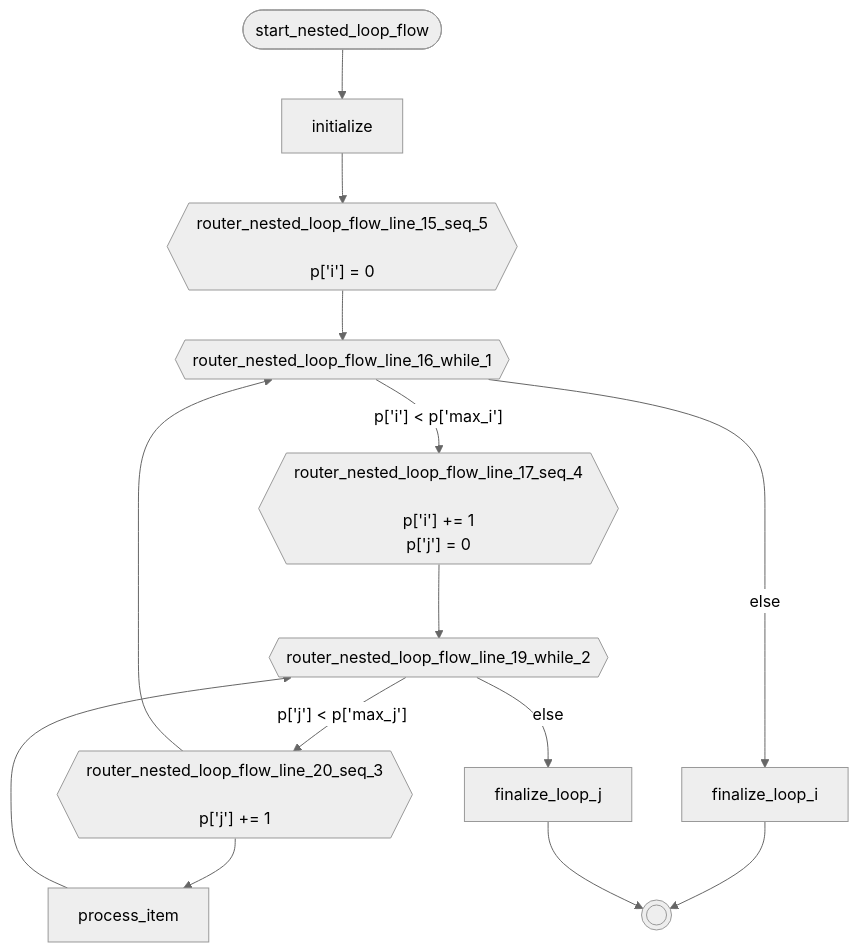
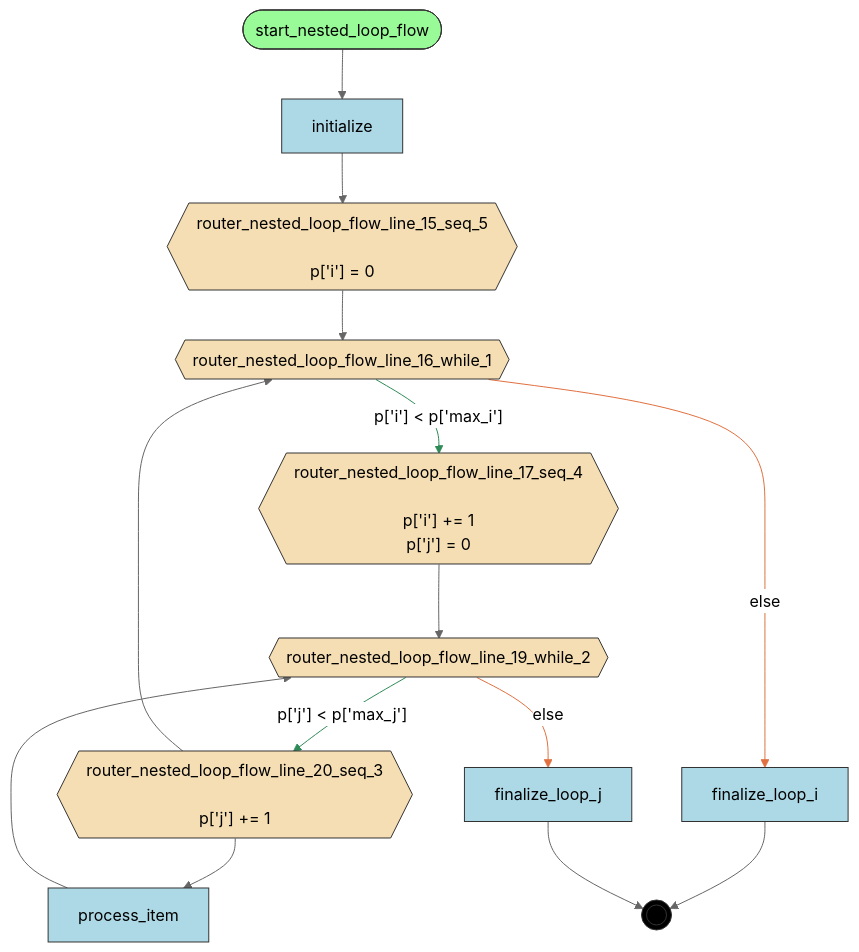
One commit to deliveryhero/asya changed the diagram in examples/flows/compiled/while_nested_loop/flow.mmd. Above: the diagram before and after it, drawn with Mermaid (neutral theme). The commit also changed 99 other files, not shown here.

Commit message:
colors-in-mermaid

```diff
--- a/examples/flows/compiled/while_nested_loop/flow.mmd
+++ b/examples/flows/compiled/while_nested_loop/flow.mmd
@@ -1,28 +1,39 @@
 flowchart TD
     %% Flow: nested_loop_flow
 
     finalize_loop_i[finalize_loop_i]
     finalize_loop_j[finalize_loop_j]
     initialize[initialize]
     process_item[process_item]
     router_nested_loop_flow_line_15_seq_5{{"router_nested_loop_flow_line_15_seq_5<br/><br/>p['i'] = 0"}}
     router_nested_loop_flow_line_16_while_1{{router_nested_loop_flow_line_16_while_1}}
     router_nested_loop_flow_line_17_seq_4{{"router_nested_loop_flow_line_17_seq_4<br/><br/>p['i'] += 1<br/>p['j'] = 0"}}
     router_nested_loop_flow_line_19_while_2{{router_nested_loop_flow_line_19_while_2}}
     router_nested_loop_flow_line_20_seq_3{{"router_nested_loop_flow_line_20_seq_3<br/><br/>p['j'] += 1"}}
     start_nested_loop_flow([start_nested_loop_flow])
     __end__((( )))
 
     start_nested_loop_flow --> initialize
     initialize --> router_nested_loop_flow_line_15_seq_5
     router_nested_loop_flow_line_20_seq_3 --> process_item
     router_nested_loop_flow_line_19_while_2 -->|"p['j'] < p['max_j']"| router_nested_loop_flow_line_20_seq_3
     router_nested_loop_flow_line_19_while_2 -->|"else"| finalize_loop_j
     router_nested_loop_flow_line_17_seq_4 --> router_nested_loop_flow_line_19_while_2
     router_nested_loop_flow_line_16_while_1 -->|"p['i'] < p['max_i']"| router_nested_loop_flow_line_17_seq_4
     router_nested_loop_flow_line_16_while_1 -->|"else"| finalize_loop_i
     router_nested_loop_flow_line_15_seq_5 --> router_nested_loop_flow_line_16_while_1
     process_item --> router_nested_loop_flow_line_19_while_2
     router_nested_loop_flow_line_20_seq_3 --> router_nested_loop_flow_line_16_while_1
     finalize_loop_i --> __end__
     finalize_loop_j --> __end__
+
+    classDef entrypoint fill:#98FB98,stroke:#333
+    classDef router fill:#F5DEB3,stroke:#333
+    classDef handler fill:#ADD8E6,stroke:#333
+    classDef endpoint fill:#000,stroke:#333,color:#fff
+    class start_nested_loop_flow entrypoint
+    class router_nested_loop_flow_line_15_seq_5,router_nested_loop_flow_line_16_while_1,router_nested_loop_flow_line_17_seq_4,router_nested_loop_flow_line_19_while_2,router_nested_loop_flow_line_20_seq_3 router
+    class finalize_loop_i,finalize_loop_j,initialize,process_item handler
+    class __end__ endpoint
+    linkStyle 3,6 stroke:#2E8B57
+    linkStyle 4,7 stroke:#E07040
```
